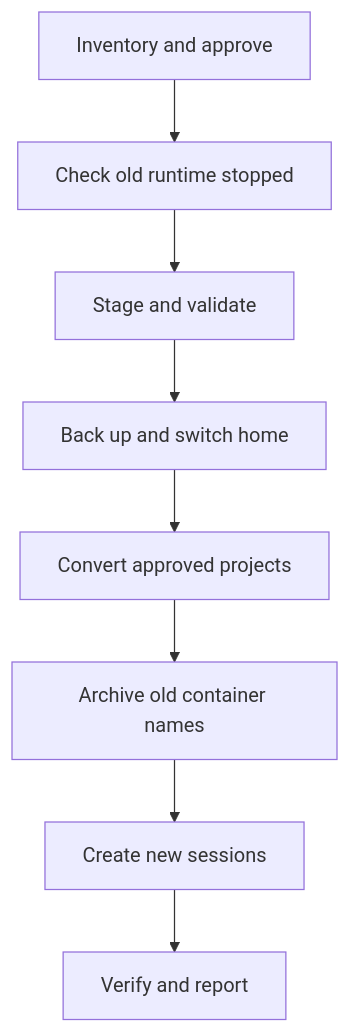
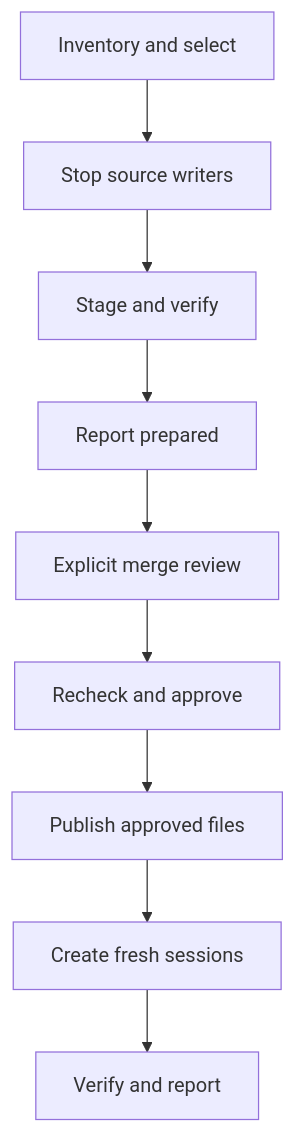
One commit to pip12345/devbox-neo changed the second of 2 diagrams in docs/dev/migration-plan.md. Above: the diagram before and after it, drawn with Mermaid. The commit also changed other lines of this file and 23 other files, not shown here.

````diff
--- a/docs/dev/migration-plan.md
+++ b/docs/dev/migration-plan.md
@@ -222,10 +478,11 @@
 ```mermaid
 flowchart TD
-    A[Inventory and approve] --> B[Check old runtime stopped]
-    B --> C[Stage and validate]
-    C --> D[Back up and switch home]
-    D --> E[Convert approved projects]
-    E --> F[Archive old container names]
-    F --> G[Create new sessions]
-    G --> H[Verify and report]
+    A[Inventory and select] --> B[Stop source writers]
+    B --> C[Stage and verify]
+    C --> D[Report prepared]
+    D --> E[Explicit merge review]
+    E --> F[Recheck and approve]
+    F --> G[Publish approved files]
+    G --> H[Create fresh sessions]
+    H --> I[Verify and report]
 ```
````
